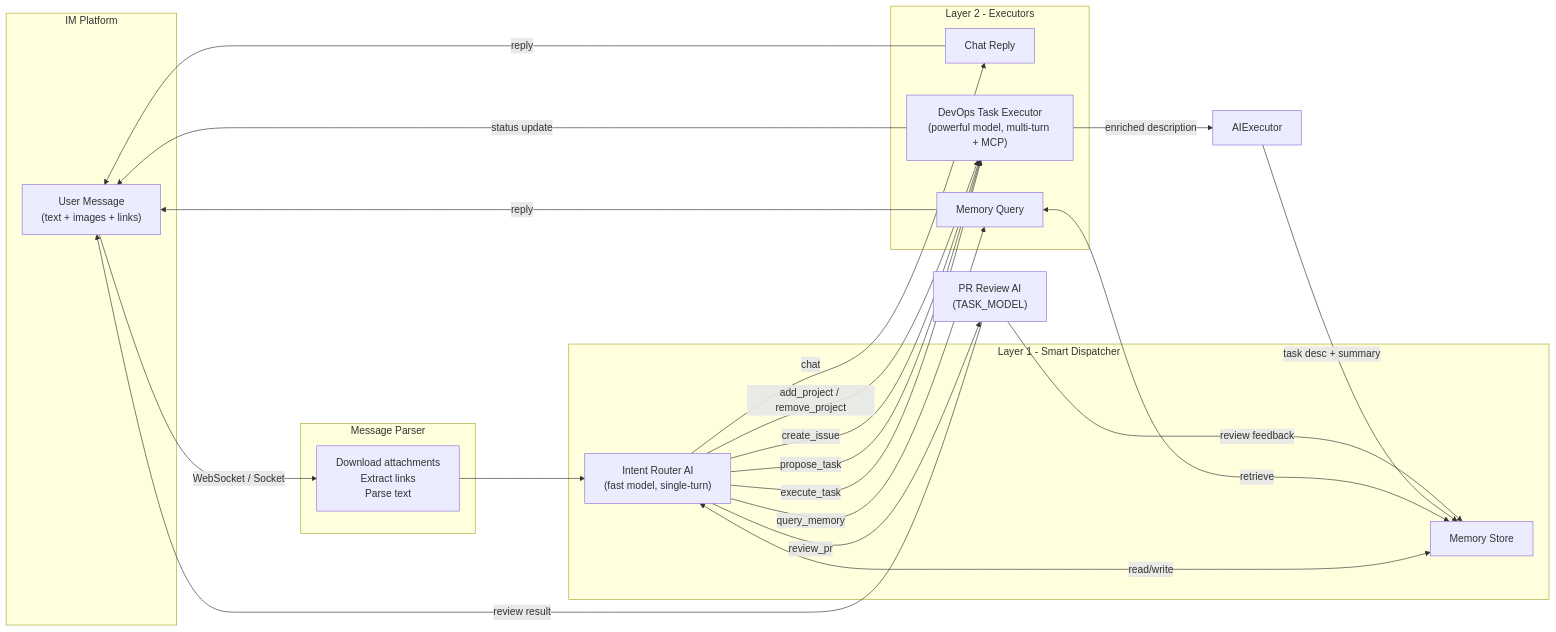
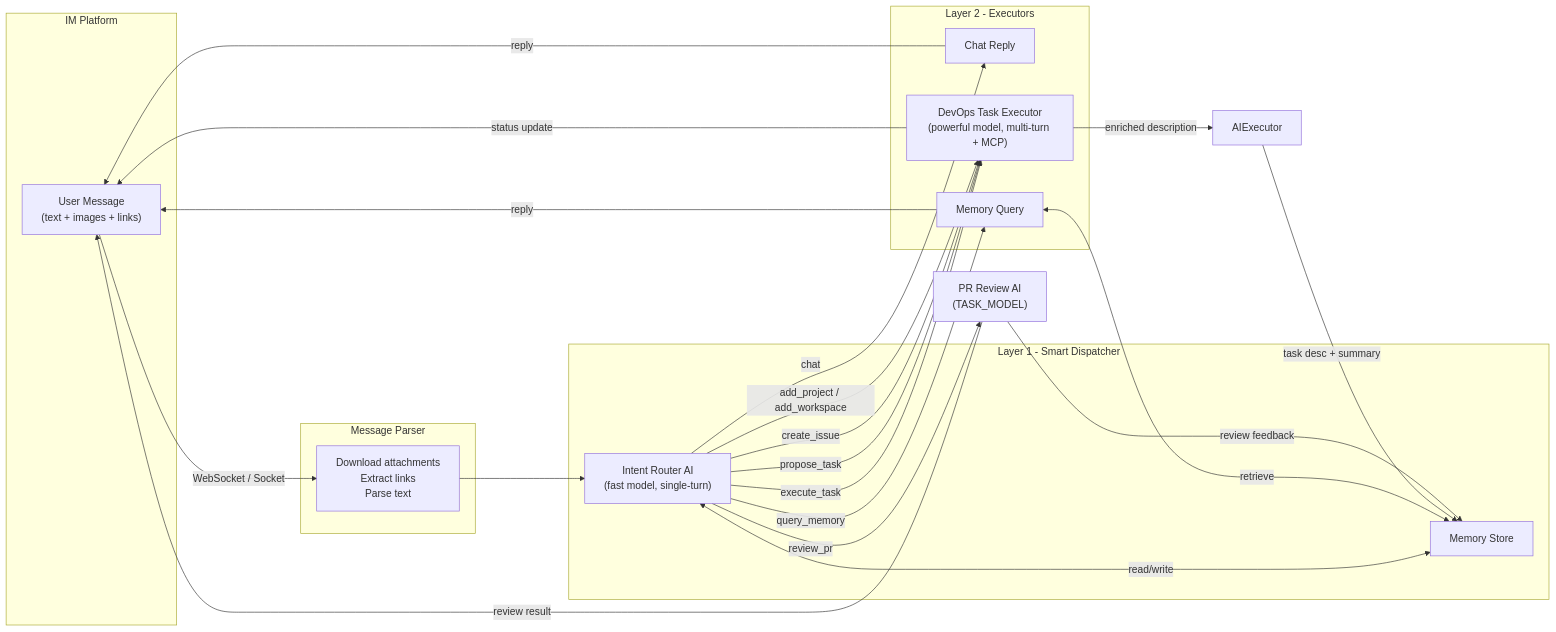
Before and after one commit to xxxxxccc/devops-bot: the first of 3 diagrams in README.md, drawn with Mermaid. The commit also changed other lines of this file and 10 other files, not shown here.

First line of the commit message:
Implement workspace mode for project management

````diff
--- a/README.md
+++ b/README.md
@@ -15,40 +15,40 @@
 ```mermaid
 flowchart LR
     subgraph im [IM Platform]
         Msg["User Message\n(text + images + links)"]
     end
 
     subgraph parse [Message Parser]
         Parser["Download attachments\nExtract links\nParse text"]
     end
 
     subgraph layer1 [Layer 1 - Smart Dispatcher]
         Router["Intent Router AI\n(fast model, single-turn)"]
         Memory["Memory Store"]
     end
 
     subgraph layer2 [Layer 2 - Executors]
         ChatReply["Chat Reply"]
         MemoryQuery["Memory Query"]
         TaskExec["DevOps Task Executor\n(powerful model, multi-turn + MCP)"]
     end
 
     Msg -->|"WebSocket / Socket"| Parser
     Parser --> Router
     Router -->|"chat"| ChatReply
     Router -->|"query_memory"| MemoryQuery
     Router -->|"execute_task"| TaskExec
     Router -->|"propose_task"| TaskExec
     Router -->|"create_issue"| TaskExec
     Router -->|"review_pr"| ReviewAI["PR Review AI\n(TASK_MODEL)"]
-    Router -->|"add_project / remove_project"| TaskExec
+    Router -->|"add_project / add_workspace"| TaskExec
     Router <-->|"read/write"| Memory
     MemoryQuery <-->|"retrieve"| Memory
     TaskExec -->|"enriched description"| Executor["AIExecutor"]
     ChatReply -->|"reply"| Msg
     MemoryQuery -->|"reply"| Msg
     TaskExec -->|"status update"| Msg
     Executor -->|"task desc + summary"| Memory
     ReviewAI -->|"review result"| Msg
     ReviewAI -->|"review feedback"| Memory
 ```
````
